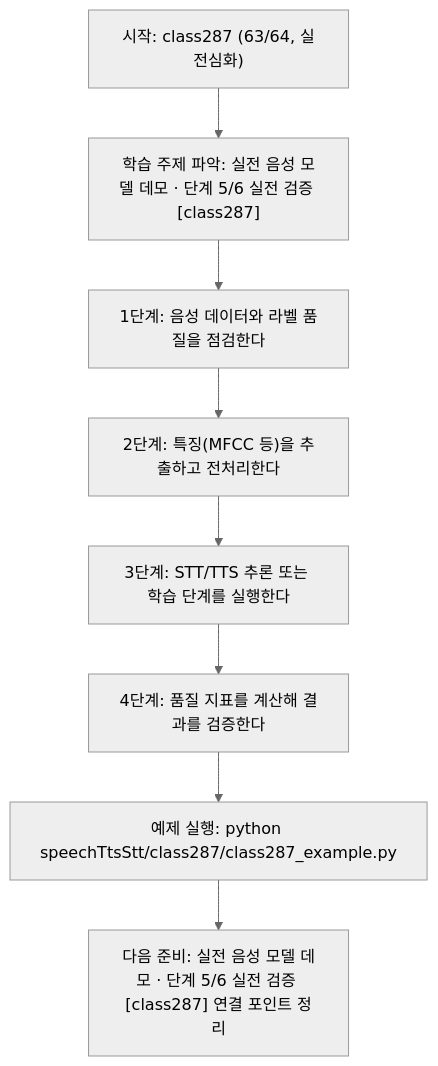
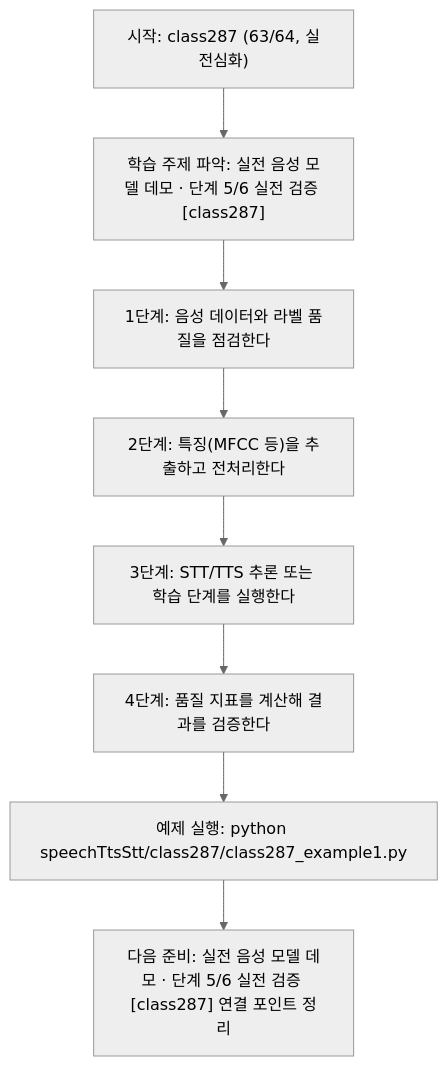
The diagram in speechTtsStt/class287/class287.md (edumgt/Python-AI_Agent-Class), drawn with Mermaid (neutral theme) before and after one commit. The commit also changed other lines of this file and 2959 other files, not shown here.

````diff
--- a/speechTtsStt/class287/class287.md
+++ b/speechTtsStt/class287/class287.md
@@ -115,18 +115,18 @@
 ```mermaid
 flowchart TD
 N1["시작: class287 (63/64, 실전심화)"]
 N2["학습 주제 파악: 실전 음성 모델 데모 · 단계 5/6 실전 검증 [class287]"]
 N3["1단계: 음성 데이터와 라벨 품질을 점검한다"]
 N4["2단계: 특징(MFCC 등)을 추출하고 전처리한다"]
 N5["3단계: STT/TTS 추론 또는 학습 단계를 실행한다"]
 N6["4단계: 품질 지표를 계산해 결과를 검증한다"]
-N7["예제 실행: python speechTtsStt/class287/class287_example.py"]
+N7["예제 실행: python speechTtsStt/class287/class287_example1.py"]
 N8["다음 준비: 실전 음성 모델 데모 · 단계 5/6 실전 검증 [class287] 연결 포인트 정리"]
 N1 --> N2
 N2 --> N3
 N3 --> N4
 N4 --> N5
 N5 --> N6
 N6 --> N7
 N7 --> N8
 ```
````
